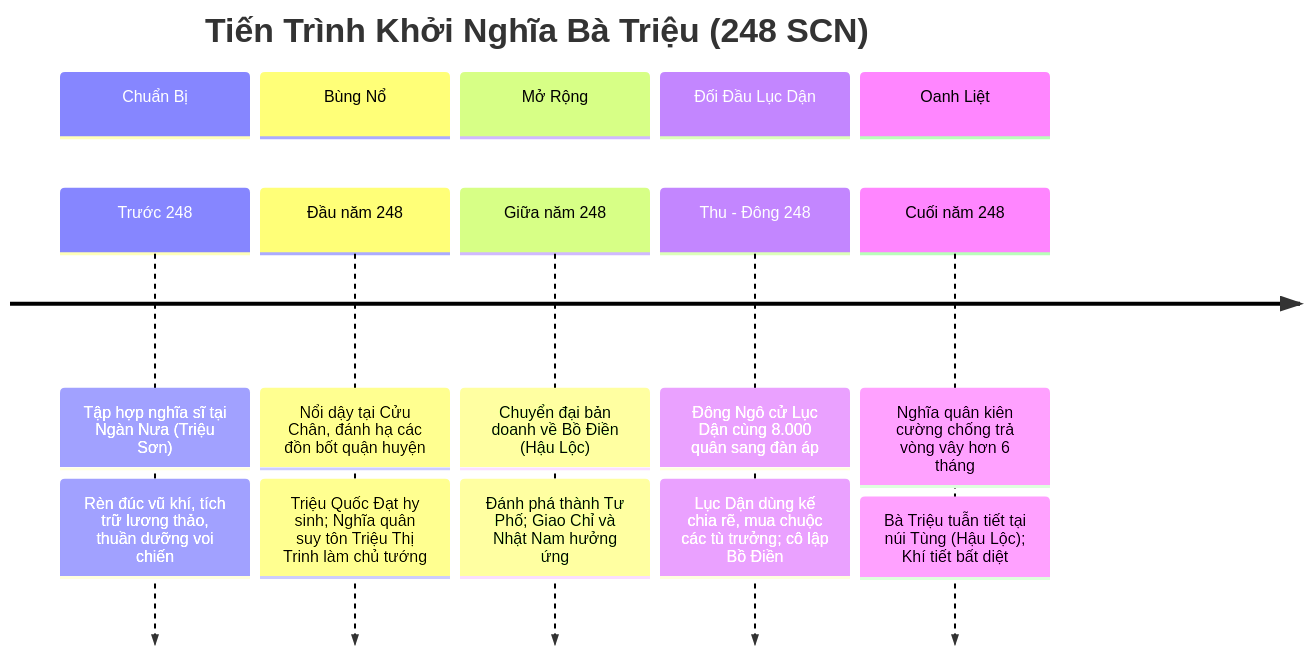
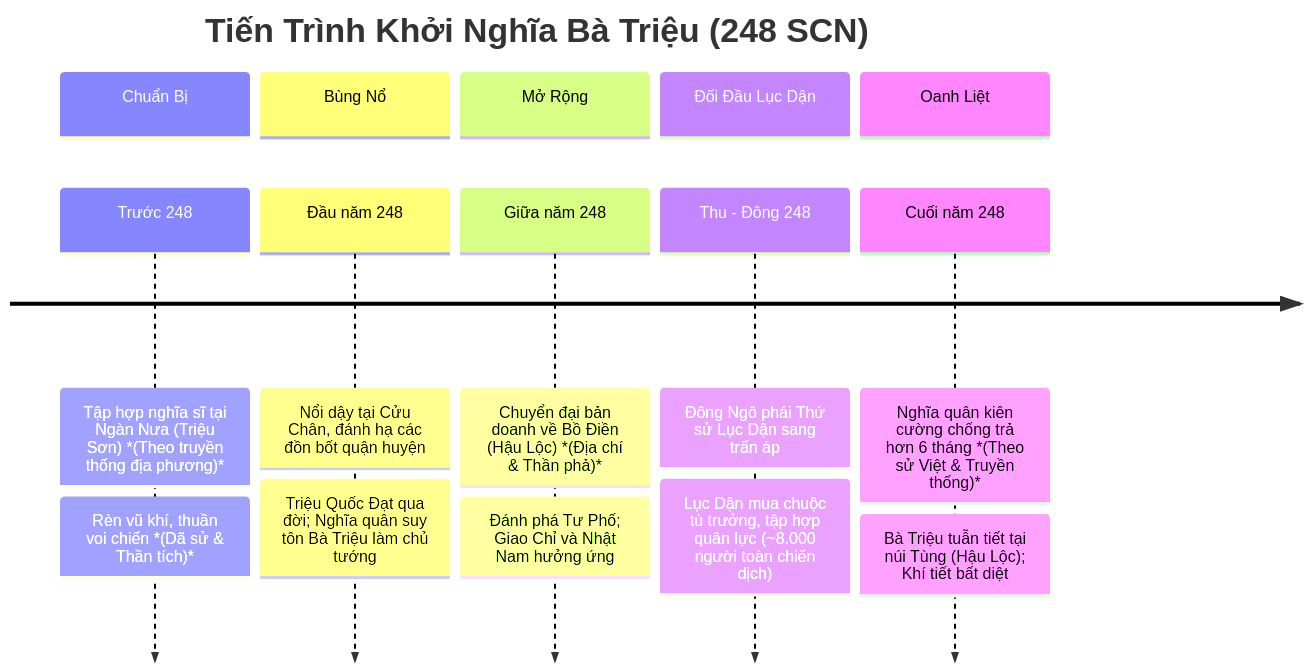
One commit to LightDucan/HuyenSu-TD changed the diagram in docs/drafts/viet-su/ba-trieu/historical-context-and-timeline.md. Above: the diagram before and after it, drawn with Mermaid. The commit also changed other lines of this file and 5 other files, not shown here.

````diff
--- a/docs/drafts/viet-su/ba-trieu/historical-context-and-timeline.md
+++ b/docs/drafts/viet-su/ba-trieu/historical-context-and-timeline.md
@@ -18,19 +21,19 @@
 ```mermaid
 timeline
     title Tiến Trình Khởi Nghĩa Bà Triệu (248 SCN)
     section Chuẩn Bị
-        Trước 248 : Tập hợp nghĩa sĩ tại Ngàn Nưa (Triệu Sơn)
-                  : Rèn đúc vũ khí, tích trữ lương thảo, thuần dưỡng voi chiến
+        Trước 248 : Tập hợp nghĩa sĩ tại Ngàn Nưa (Triệu Sơn) *(Theo truyền thống địa phương)*
+                  : Rèn vũ khí, thuần voi chiến *(Dã sử & Thần tích)*
     section Bùng Nổ
         Đầu năm 248 : Nổi dậy tại Cửu Chân, đánh hạ các đồn bốt quận huyện
-                    : Triệu Quốc Đạt hy sinh; Nghĩa quân suy tôn Triệu Thị Trinh làm chủ tướng
+                    : Triệu Quốc Đạt qua đời; Nghĩa quân suy tôn Bà Triệu làm chủ tướng
     section Mở Rộng
-        Giữa năm 248 : Chuyển đại bản doanh về Bồ Điền (Hậu Lộc)
-                     : Đánh phá thành Tư Phố; Giao Chỉ và Nhật Nam hưởng ứng
+        Giữa năm 248 : Chuyển đại bản doanh về Bồ Điền (Hậu Lộc) *(Địa chí & Thần phả)*
+                     : Đánh phá Tư Phố; Giao Chỉ và Nhật Nam hưởng ứng
     section Đối Đầu Lục Dận
-        Thu - Đông 248 : Đông Ngô cử Lục Dận cùng 8.000 quân sang đàn áp
-                       : Lục Dận dùng kế chia rẽ, mua chuộc các tù trưởng; cô lập Bồ Điền
+        Thu - Đông 248 : Đông Ngô phái Thứ sử Lục Dận sang trấn áp
+                       : Lục Dận mua chuộc tù trưởng, tập hợp quân lực (~8.000 người toàn chiến dịch)
     section Oanh Liệt
-        Cuối năm 248 : Nghĩa quân kiên cường chống trả vòng vây hơn 6 tháng
+        Cuối năm 248 : Nghĩa quân kiên cường chống trả hơn 6 tháng *(Theo sử Việt & Truyền thống)*
                      : Bà Triệu tuẫn tiết tại núi Tùng (Hậu Lộc); Khí tiết bất diệt
 ```
````
